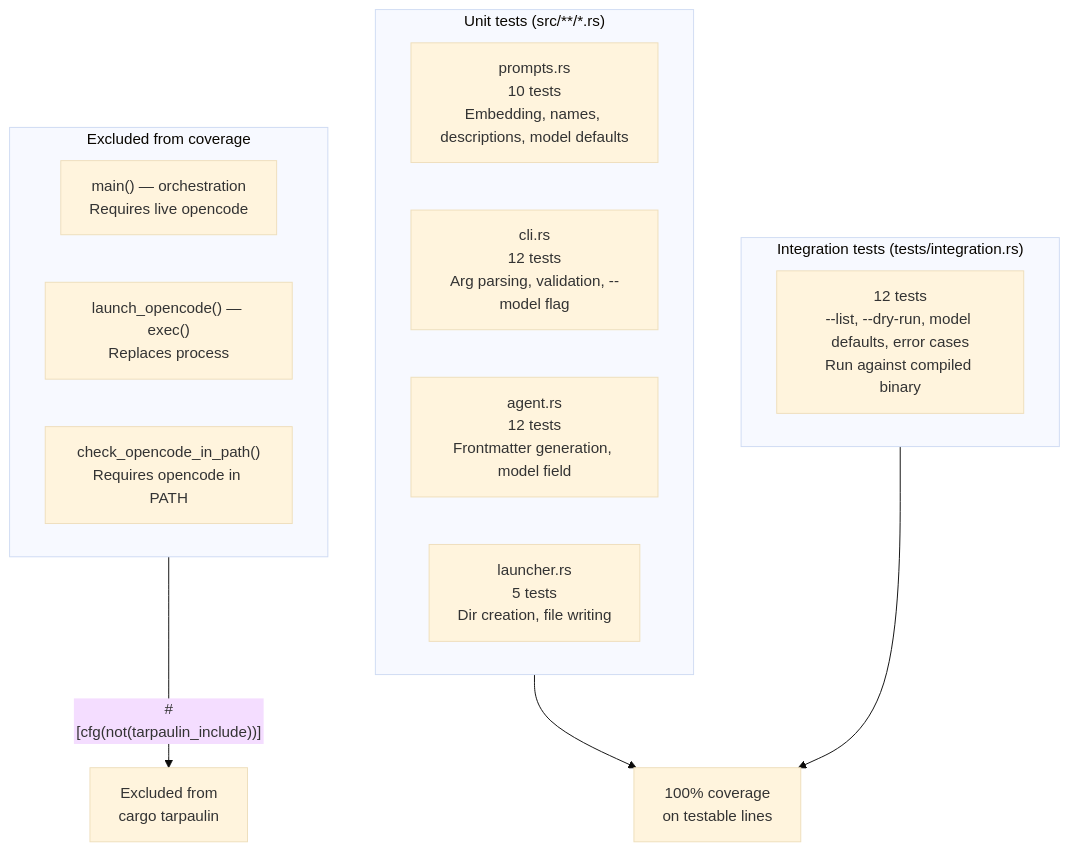
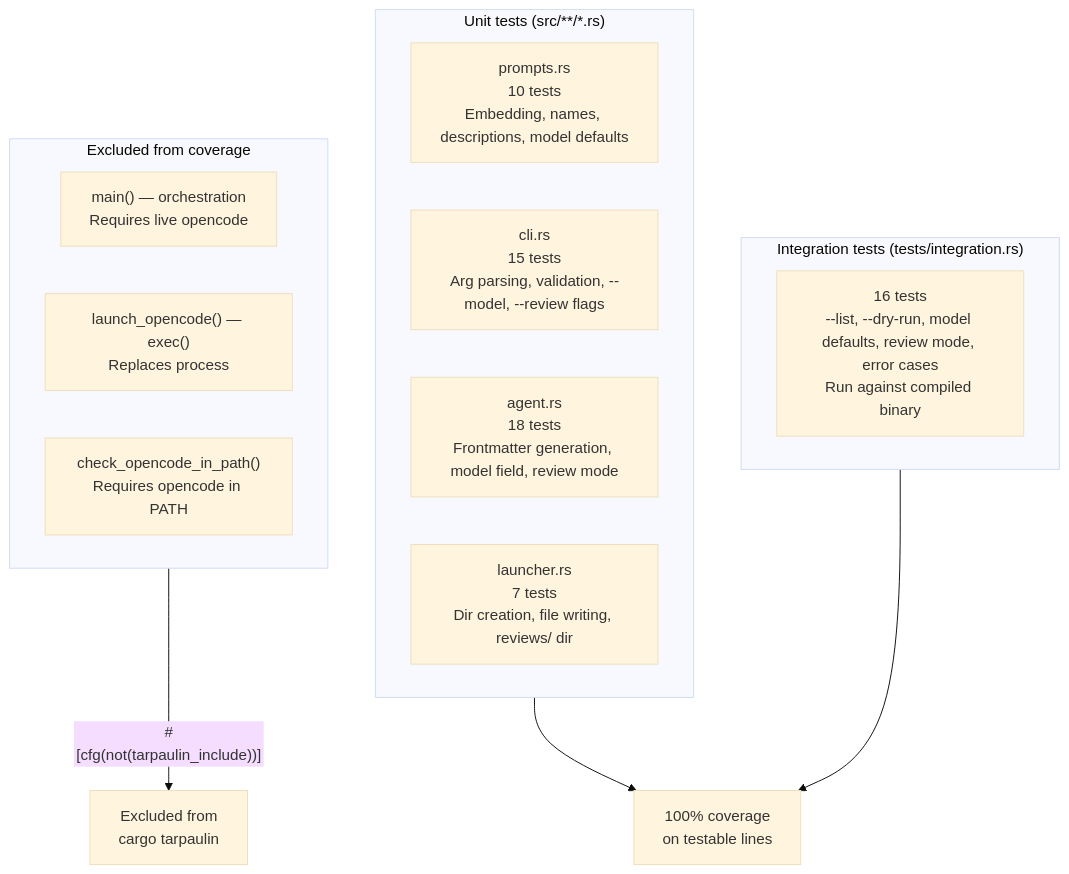
The tenth of 10 diagrams in docs/architecture.md (vansweej/architecture_prompts), drawn with Mermaid (base theme) before and after one commit. The commit also changed other lines of this file and 8 other files, not shown here.

First line of the commit message:
feat: add review mode with scoped write to reviews/

````diff
--- a/docs/architecture.md
+++ b/docs/architecture.md
@@ -336,23 +382,23 @@
 ```mermaid
 flowchart TD
     subgraph unit["Unit tests (src/**/*.rs)"]
         U1["prompts.rs\n10 tests\nEmbedding, names, descriptions, model defaults"]
-        U2["cli.rs\n12 tests\nArg parsing, validation, --model flag"]
-        U3["agent.rs\n12 tests\nFrontmatter generation, model field"]
-        U4["launcher.rs\n5 tests\nDir creation, file writing"]
+        U2["cli.rs\n15 tests\nArg parsing, validation, --model, --review flags"]
+        U3["agent.rs\n18 tests\nFrontmatter generation, model field, review mode"]
+        U4["launcher.rs\n7 tests\nDir creation, file writing, reviews/ dir"]
     end
 
     subgraph integration["Integration tests (tests/integration.rs)"]
-        I1["12 tests\n--list, --dry-run, model defaults, error cases\nRun against compiled binary"]
+        I1["16 tests\n--list, --dry-run, model defaults, review mode, error cases\nRun against compiled binary"]
     end
 
     subgraph excluded["Excluded from coverage"]
         X1["main() — orchestration\nRequires live opencode"]
         X2["launch_opencode() — exec()\nReplaces process"]
         X3["check_opencode_in_path()\nRequires opencode in PATH"]
     end
 
     unit --> coverage["100% coverage\non testable lines"]
     integration --> coverage
     excluded -->|"#[cfg(not(tarpaulin_include))]"| skip["Excluded from\ncargo tarpaulin"]
 ```
````
